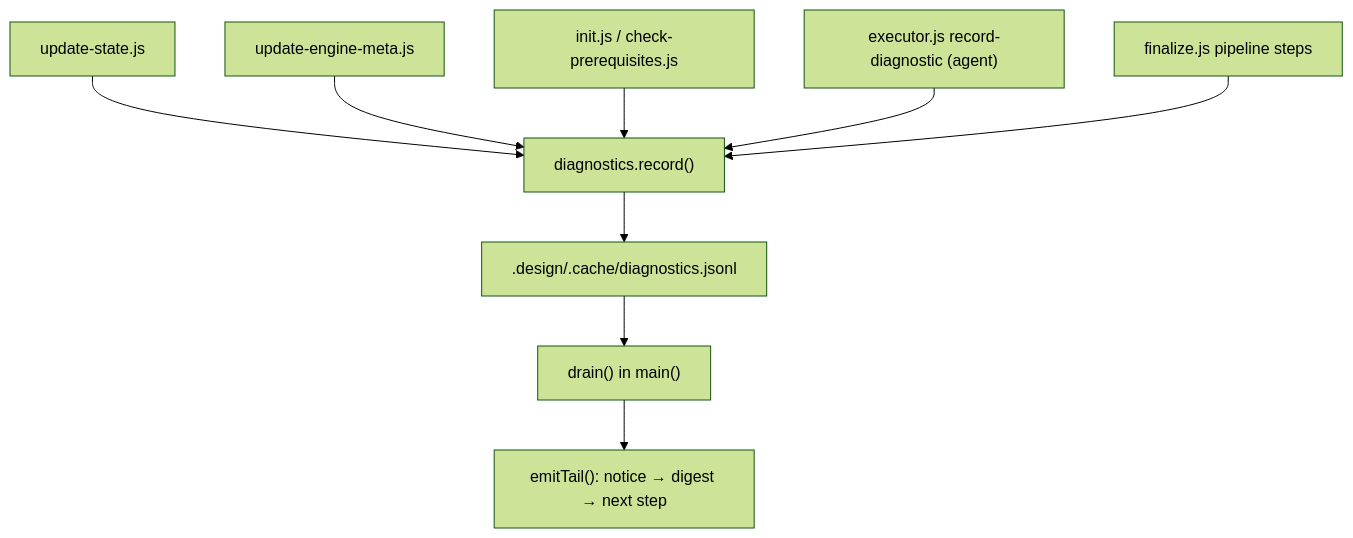
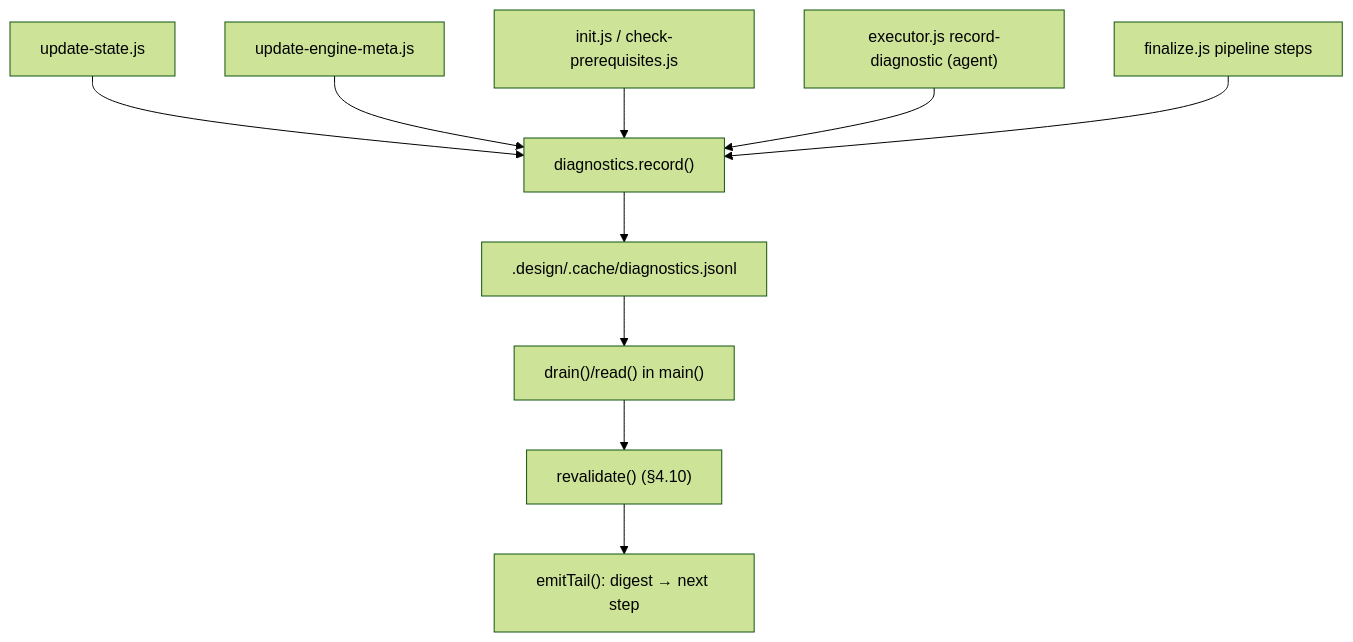
The diagram in .design/engine/specifications/l2-engine-diagnostics.md (teratron/magic-spec), drawn with Mermaid (forest theme) before and after one commit. The commit also changed other lines of this file and 16 other files, not shown here.

````diff
--- a/.design/engine/specifications/l2-engine-diagnostics.md
+++ b/.design/engine/specifications/l2-engine-diagnostics.md
@@ -191,11 +228,12 @@
 ```mermaid
 graph TD
     A["update-state.js"] --> S["diagnostics.record()"]
     B["update-engine-meta.js"] --> S
     C["init.js / check-prerequisites.js"] --> S
     D["executor.js record-diagnostic (agent)"] --> S
     S --> F[".design/.cache/diagnostics.jsonl"]
     E["finalize.js pipeline steps"] --> S
-    F --> G["drain() in main()"]
-    G --> H["emitTail(): notice → digest → next step"]
+    F --> G["drain()/read() in main()"]
+    G --> V["revalidate() (§4.10)"]
+    V --> H["emitTail(): digest → next step"]
 ```
````
